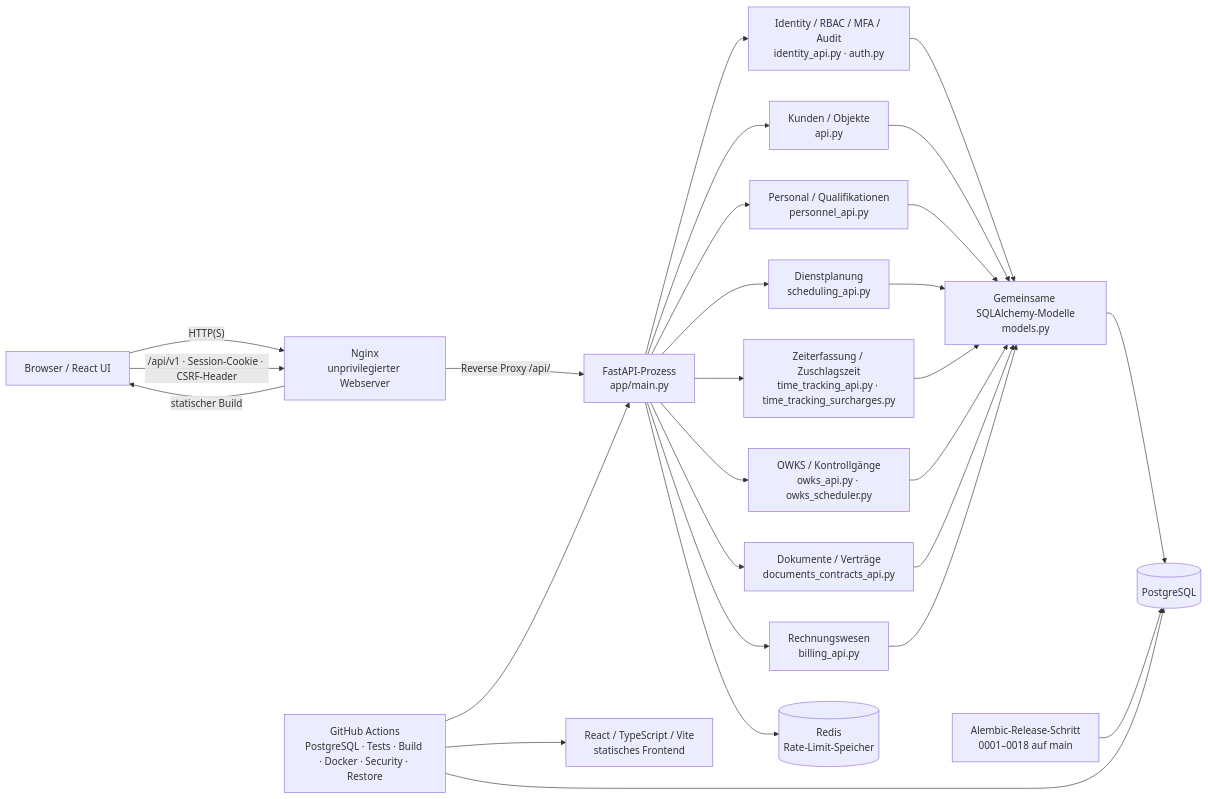
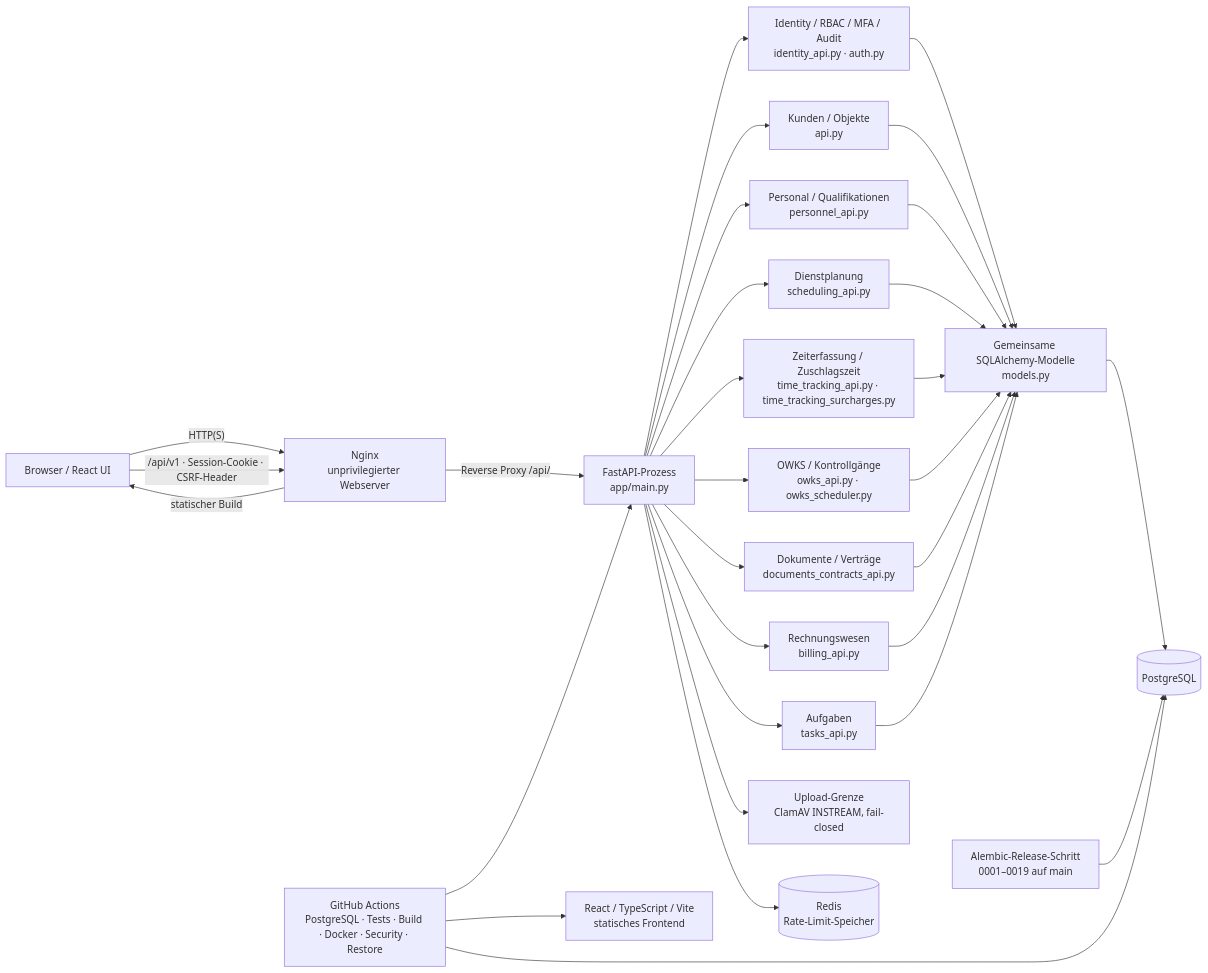
Before and after one commit to Debugger-alex/securityops-python: the diagram in docs/ARCHITECTURE.md, drawn with Mermaid. The commit also changed other lines of this file and 11 other files, not shown here.

````diff
--- a/docs/ARCHITECTURE.md
+++ b/docs/ARCHITECTURE.md
@@ -7,46 +7,51 @@
 ```mermaid
 flowchart LR
     Browser["Browser / React UI"]
     UI["React / TypeScript / Vite<br/>statisches Frontend"]
     Web["Nginx<br/>unprivilegierter Webserver"]
     API["FastAPI-Prozess<br/>app/main.py"]
     Identity["Identity / RBAC / MFA / Audit<br/>identity_api.py · auth.py"]
     Customer["Kunden / Objekte<br/>api.py"]
     People["Personal / Qualifikationen<br/>personnel_api.py"]
     Scheduling["Dienstplanung<br/>scheduling_api.py"]
     Time["Zeiterfassung / Zuschlagszeit<br/>time_tracking_api.py · time_tracking_surcharges.py"]
     OWKS["OWKS / Kontrollgänge<br/>owks_api.py · owks_scheduler.py"]
     Docs["Dokumente / Verträge<br/>documents_contracts_api.py"]
     Billing["Rechnungswesen<br/>billing_api.py"]
+    Tasks["Aufgaben<br/>tasks_api.py"]
+    Scanner["Upload-Grenze<br/>ClamAV INSTREAM, fail-closed"]
     Models["Gemeinsame SQLAlchemy-Modelle<br/>models.py"]
     DB[("PostgreSQL")]
     Redis[("Redis<br/>Rate-Limit-Speicher")]
-    Migrations["Alembic-Release-Schritt<br/>0001–0018 auf main"]
+    Migrations["Alembic-Release-Schritt<br/>0001–0019 auf main"]
     CI["GitHub Actions<br/>PostgreSQL · Tests · Build · Docker · Security · Restore"]
     Browser -->|"HTTP(S)"| Web
     Web -->|"statischer Build"| Browser
     Browser -->|"/api/v1 · Session-Cookie · CSRF-Header"| Web
     Web -->|"Reverse Proxy /api/"| API
     API --> Identity
     API --> Customer
     API --> People
     API --> Scheduling
     API --> Time
     API --> OWKS
     API --> Docs
     API --> Billing
+    API --> Tasks
+    API --> Scanner
     Identity --> Models
     Customer --> Models
     People --> Models
     Scheduling --> Models
     Time --> Models
     OWKS --> Models
     Docs --> Models
     Billing --> Models
+    Tasks --> Models
     Models --> DB
     API --> Redis
     Migrations --> DB
     CI --> API
     CI --> UI
     CI --> DB
 ```
````
